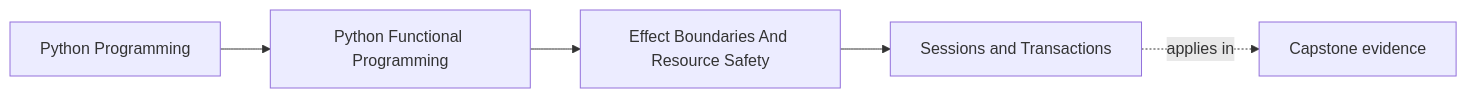
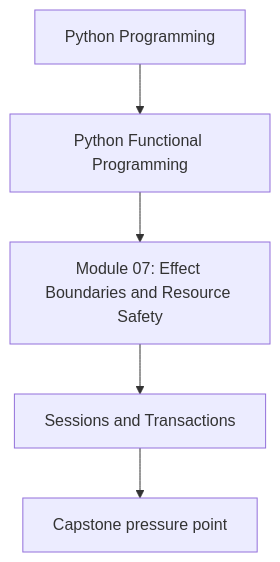
The first of 2 diagrams in programs/python-programming/python-functional-programming/course-book/module-07-effect-boundaries-and-resource-safety/sessions-and-transactions.md (bijux/bijux-masterclass), drawn with Mermaid before and after one commit. The commit also changed other lines of this file and 118 other files, not shown here.

Commit message:
docs(python-functional-programming): align concept page diagrams

````diff
--- a/programs/python-programming/python-functional-programming/course-book/module-07-effect-boundaries-and-resource-safety/sessions-and-transactions.md
+++ b/programs/python-programming/python-functional-programming/course-book/module-07-effect-boundaries-and-resource-safety/sessions-and-transactions.md
@@ -7,11 +7,7 @@
 ```mermaid
-graph LR
-  family["Python Programming"]
-  program["Python Functional Programming"]
-  section["Effect Boundaries And Resource Safety"]
-  page["Sessions and Transactions"]
-  capstone["Capstone evidence"]
-
-  family --> program --> section --> page
-  page -.applies in.-> capstone
+flowchart TD
+  family["Python Programming"] --> program["Python Functional Programming"]
+  program --> module["Module 07: Effect Boundaries and Resource Safety"]
+  module --> concept["Sessions and Transactions"]
+  concept --> capstone["Capstone pressure point"]
 ```
````
